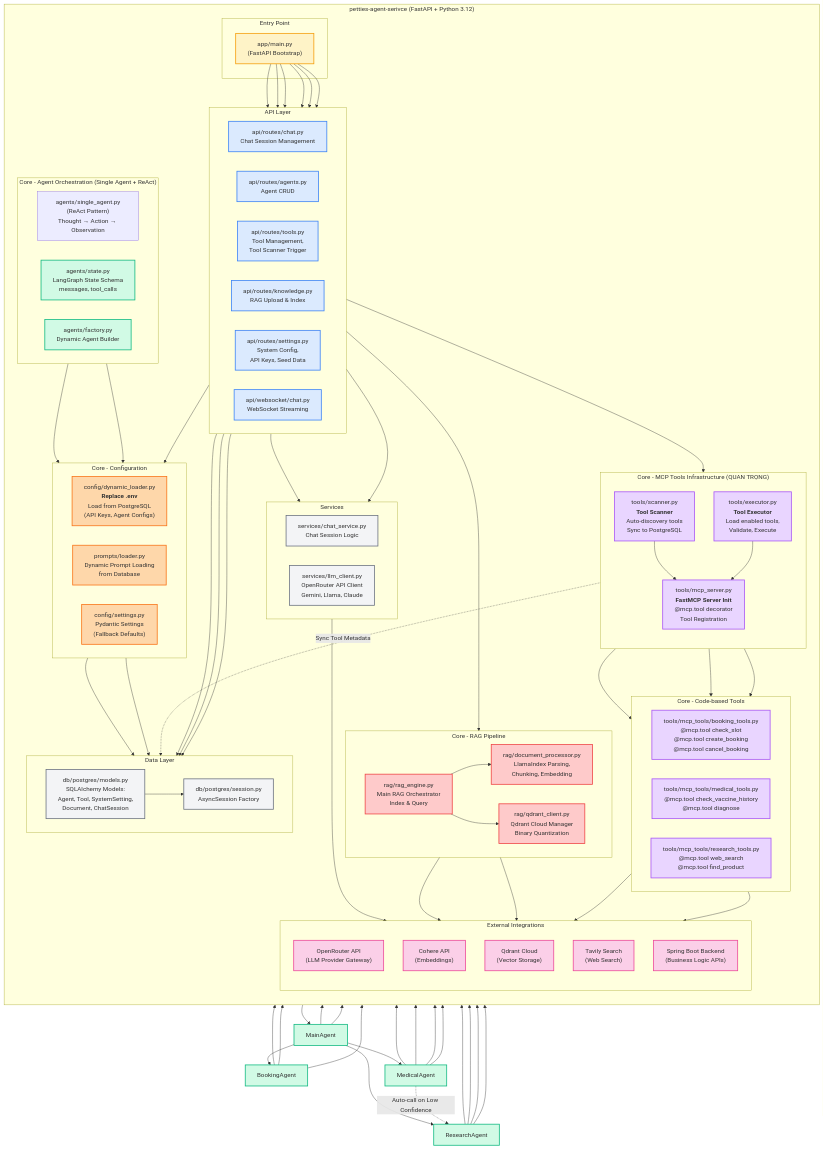
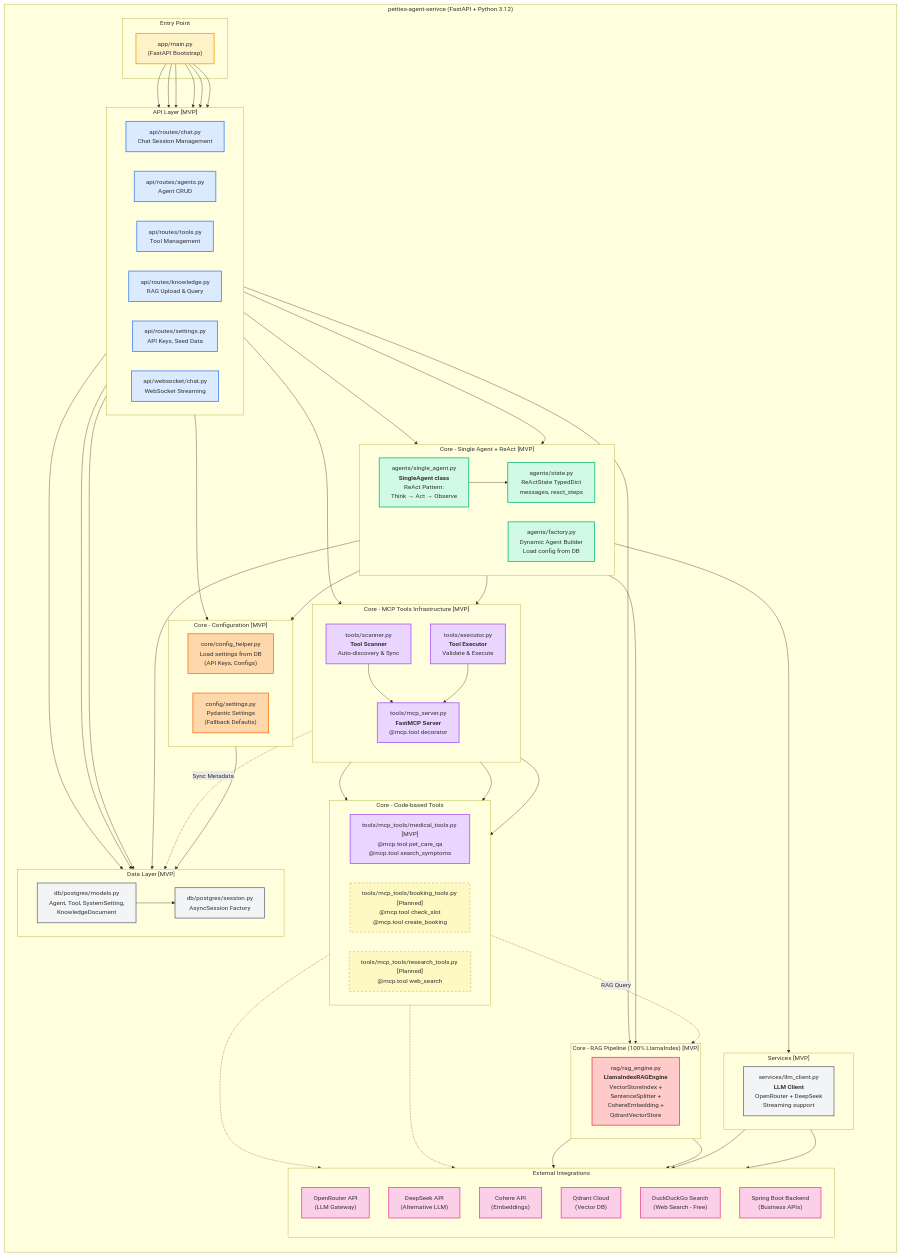
Before and after one commit to espresso23/Petties-Veterinary-Appointment-Booking-Platform: the fifth of 8 diagrams in docs-references/documentation/SDD/REPORT_4_SDD_SYSTEM_DESIGN.md, drawn with Mermaid. The commit also changed other lines of this file and 73 other files, not shown here.

````diff
--- a/docs-references/documentation/SDD/REPORT_4_SDD_SYSTEM_DESIGN.md
+++ b/docs-references/documentation/SDD/REPORT_4_SDD_SYSTEM_DESIGN.md
@@ -502,115 +587,103 @@
             Main["app/main.py<br/>(FastAPI Bootstrap)"]
         end
 
-        subgraph "API Layer"
+        subgraph "API Layer [MVP]"
             direction LR
             ChatRoute["api/routes/chat.py<br/>Chat Session Management"]
             AgentRoute["api/routes/agents.py<br/>Agent CRUD"]
-            ToolRoute["api/routes/tools.py<br/>Tool Management,<br/>Tool Scanner Trigger"]
-            KnowledgeRoute["api/routes/knowledge.py<br/>RAG Upload & Index"]
-            SettingsRoute["api/routes/settings.py<br/>System Config,<br/>API Keys, Seed Data"]
+            ToolRoute["api/routes/tools.py<br/>Tool Management"]
+            KnowledgeRoute["api/routes/knowledge.py<br/>RAG Upload & Query"]
+            SettingsRoute["api/routes/settings.py<br/>API Keys, Seed Data"]
             WebSocketAPI["api/websocket/chat.py<br/>WebSocket Streaming"]
         end
 
-        subgraph "Core - Agent Orchestration (Single Agent + ReAct)"
+        subgraph "Core - Single Agent + ReAct [MVP]"
             direction LR
-            SingleAgent["agents/single_agent.py<br/>(ReAct Pattern)<br/>Thought → Action → Observation"]
-            AgentState["agents/state.py<br/>LangGraph State Schema<br/>messages, tool_calls"]
-            AgentFactory["agents/factory.py<br/>Dynamic Agent Builder"]
+            SingleAgent["agents/single_agent.py<br/><b>SingleAgent class</b><br/>ReAct Pattern:<br/>Think → Act → Observe"]
+            AgentState["agents/state.py<br/>ReActState TypedDict<br/>messages, react_steps"]
+            AgentFactory["agents/factory.py<br/>Dynamic Agent Builder<br/>Load config from DB"]
         end
 
-        subgraph "Core - MCP Tools Infrastructure (QUAN TRỌNG)"
+        subgraph "Core - MCP Tools Infrastructure [MVP]"
             direction TB
-            MCPServer["tools/mcp_server.py<br/><b>FastMCP Server Init</b><br/>@mcp.tool decorator<br/>Tool Registration"]
-            Scanner["tools/scanner.py<br/><b>Tool Scanner</b><br/>Auto-discovery tools<br/>Sync to PostgreSQL"]
-            Executor["tools/executor.py<br/><b>Tool Executor</b><br/>Load enabled tools,<br/>Validate, Execute"]
+            MCPServer["tools/mcp_server.py<br/><b>FastMCP Server</b><br/>@mcp.tool decorator"]
+            Scanner["tools/scanner.py<br/><b>Tool Scanner</b><br/>Auto-discovery & Sync"]
+            Executor["tools/executor.py<br/><b>Tool Executor</b><br/>Validate & Execute"]
         end
 
         subgraph "Core - Code-based Tools"
             direction LR
-            BookingTools["tools/mcp_tools/booking_tools.py<br/>@mcp.tool check_slot<br/>@mcp.tool create_booking<br/>@mcp.tool cancel_booking"]
-            MedicalTools["tools/mcp_tools/medical_tools.py<br/>@mcp.tool check_vaccine_history<br/>@mcp.tool diagnose"]
-            ResearchTools["tools/mcp_tools/research_tools.py<br/>@mcp.tool web_search<br/>@mcp.tool find_product"]
+            MedicalTools["tools/mcp_tools/medical_tools.py [MVP]<br/>@mcp.tool pet_care_qa<br/>@mcp.tool search_symptoms"]
+            BookingTools["tools/mcp_tools/booking_tools.py [Planned]<br/>@mcp.tool check_slot<br/>@mcp.tool create_booking"]
+            ResearchTools["tools/mcp_tools/research_tools.py [Planned]<br/>@mcp.tool web_search"]
         end
 
-        subgraph "Core - RAG Pipeline"
+        subgraph "Core - RAG Pipeline (100% LlamaIndex) [MVP]"
             direction LR
-            RAGEngine["rag/rag_engine.py<br/>Main RAG Orchestrator<br/>Index & Query"]
-            QdrantClient["rag/qdrant_client.py<br/>Qdrant Cloud Manager<br/>Binary Quantization"]
-            DocProcessor["rag/document_processor.py<br/>LlamaIndex Parsing,<br/>Chunking, Embedding"]
+            RAGEngine["rag/rag_engine.py<br/><b>LlamaIndexRAGEngine</b><br/>VectorStoreIndex +<br/>SentenceSplitter +<br/>CohereEmbedding +<br/>QdrantVectorStore"]
         end
 
-        subgraph "Core - Configuration"
+        subgraph "Core - Configuration [MVP]"
             direction LR
-            DynamicLoader["config/dynamic_loader.py<br/><b>Replace .env</b><br/>Load from PostgreSQL<br/>(API Keys, Agent Configs)"]
-            PromptLoader["prompts/loader.py<br/>Dynamic Prompt Loading<br/>from Database"]
+            ConfigHelper["core/config_helper.py<br/>Load settings from DB<br/>(API Keys, Configs)"]
             Settings["config/settings.py<br/>Pydantic Settings<br/>(Fallback Defaults)"]
         end
 
-        subgraph "Services"
+        subgraph "Services [MVP]"
             direction LR
-            ChatService["services/chat_service.py<br/>Chat Session Logic"]
-            LLMClient["services/llm_client.py<br/>OpenRouter API Client<br/>Gemini, Llama, Claude"]
+            LLMClient["services/llm_client.py<br/><b>LLM Client</b><br/>OpenRouter + DeepSeek<br/>Streaming support"]
         end
 
-        subgraph "Data Layer"
+        subgraph "Data Layer [MVP]"
             direction LR
-            Models["db/postgres/models.py<br/>SQLAlchemy Models:<br/>Agent, Tool, SystemSetting,<br/>Document, ChatSession"]
+            Models["db/postgres/models.py<br/>Agent, Tool, SystemSetting,<br/>KnowledgeDocument"]
             Session["db/postgres/session.py<br/>AsyncSession Factory"]
         end
 
         subgraph "External Integrations"
             direction TB
-            OpenRouter["OpenRouter API<br/>(LLM Provider Gateway)"]
+            OpenRouter["OpenRouter API<br/>(LLM Gateway)"]
+            DeepSeek["DeepSeek API<br/>(Alternative LLM)"]
             Cohere["Cohere API<br/>(Embeddings)"]
-            QdrantCloud["Qdrant Cloud<br/>(Vector Storage)"]
-            Tavily["Tavily Search<br/>(Web Search)"]
-            SpringBackend["Spring Boot Backend<br/>(Business Logic APIs)"]
+            QdrantCloud["Qdrant Cloud<br/>(Vector DB)"]
+            DuckDuckGo["DuckDuckGo Search<br/>(Web Search - Free)"]
+            SpringBackend["Spring Boot Backend<br/>(Business APIs)"]
         end
     end
 
-    %% Flow connections - Entry
+    %% Entry Point
     Main --> ChatRoute & AgentRoute & ToolRoute & KnowledgeRoute & SettingsRoute
     Main --> WebSocketAPI
 
-    %% API to Services
-    ChatRoute --> ChatService
-    WebSocketAPI --> ChatService
-    ChatService --> MainAgent
+    %% Chat Flow
+    ChatRoute --> SingleAgent
+    WebSocketAPI --> SingleAgent
 
-    %% Agent Factory loads configs
-    AgentFactory --> DynamicLoader
-    AgentFactory --> PromptLoader
+    %% Agent uses components
+    SingleAgent --> AgentState
+    SingleAgent --> LLMClient
+    SingleAgent --> Executor
+    SingleAgent --> RAGEngine
 
-    %% Main Agent orchestrates Sub-Agents
-    MainAgent --> BookingAgent & MedicalAgent & ResearchAgent
-    MedicalAgent -.->|"Auto-call on Low Confidence"| ResearchAgent
+    %% Agent Factory
+    AgentFactory --> ConfigHelper
+    AgentFactory --> Models
 
-    %% Agents use State
-    MainAgent & BookingAgent & MedicalAgent & ResearchAgent --> AgentState
-
-    %% Agents use LLM Client
-    MainAgent & BookingAgent & MedicalAgent & ResearchAgent --> LLMClient
-
-    %% MCP Tools Flow (CRITICAL)
+    %% MCP Tools Flow
     ToolRoute --> Scanner
     Scanner --> MCPServer
-    MCPServer --> BookingTools & MedicalTools & ResearchTools
-    Scanner -.->|"Sync Tool Metadata"| Models
-
-    BookingAgent & MedicalAgent & ResearchAgent --> Executor
+    MCPServer --> MedicalTools & BookingTools & ResearchTools
+    Scanner -.->|"Sync Metadata"| Models
     Executor --> MCPServer
 
     %% RAG Flow
     KnowledgeRoute --> RAGEngine
-    RAGEngine --> DocProcessor
-    RAGEngine --> QdrantClient
-    MedicalAgent --> RAGEngine
+    RAGEngine --> Cohere
+    RAGEngine --> QdrantCloud
 
     %% Config Flow
-    SettingsRoute --> DynamicLoader
-    DynamicLoader --> Models
-    PromptLoader --> Models
+    SettingsRoute --> ConfigHelper
+    ConfigHelper --> Models
 
     %% Database
     AgentRoute & ToolRoute & KnowledgeRoute --> Models
@@ -618,10 +691,10 @@
 
     %% External APIs
     LLMClient --> OpenRouter
-    DocProcessor --> Cohere
-    QdrantClient --> QdrantCloud
-    ResearchAgent --> Tavily
-    BookingTools & MedicalTools --> SpringBackend
+    LLMClient --> DeepSeek
+    MedicalTools -.->|"RAG Query"| RAGEngine
+    ResearchTools -.-> DuckDuckGo
+    BookingTools -.-> SpringBackend
 
     %% Styling
     classDef entryStyle fill:#fef3c7,stroke:#f59e0b,stroke-width:2px
@@ -632,13 +705,15 @@
     classDef configStyle fill:#fed7aa,stroke:#f97316,stroke-width:2px
     classDef dataStyle fill:#f3f4f6,stroke:#6b7280,stroke-width:2px
     classDef externalStyle fill:#fbcfe8,stroke:#ec4899,stroke-width:2px
+    classDef plannedStyle fill:#fef9c3,stroke:#ca8a04,stroke-width:1px,stroke-dasharray:5,5
 
     class Main entryStyle
     class ChatRoute,AgentRoute,ToolRoute,KnowledgeRoute,SettingsRoute,WebSocketAPI apiStyle
-    class MainAgent,BookingAgent,MedicalAgent,ResearchAgent,AgentState,AgentFactory agentStyle
-    class MCPServer,Scanner,Executor,BookingTools,MedicalTools,ResearchTools toolStyle
-    class RAGEngine,QdrantClient,DocProcessor ragStyle
-    class DynamicLoader,PromptLoader,Settings configStyle
-    class ChatService,LLMClient,Models,Session dataStyle
-    class OpenRouter,Cohere,QdrantCloud,Tavily,SpringBackend externalStyle
+    class SingleAgent,AgentState,AgentFactory agentStyle
+    class MCPServer,Scanner,Executor,MedicalTools toolStyle
+    class BookingTools,ResearchTools plannedStyle
+    class RAGEngine ragStyle
+    class ConfigHelper,Settings configStyle
+    class LLMClient,Models,Session dataStyle
+    class OpenRouter,DeepSeek,Cohere,QdrantCloud,DuckDuckGo,SpringBackend externalStyle
 ```
````
